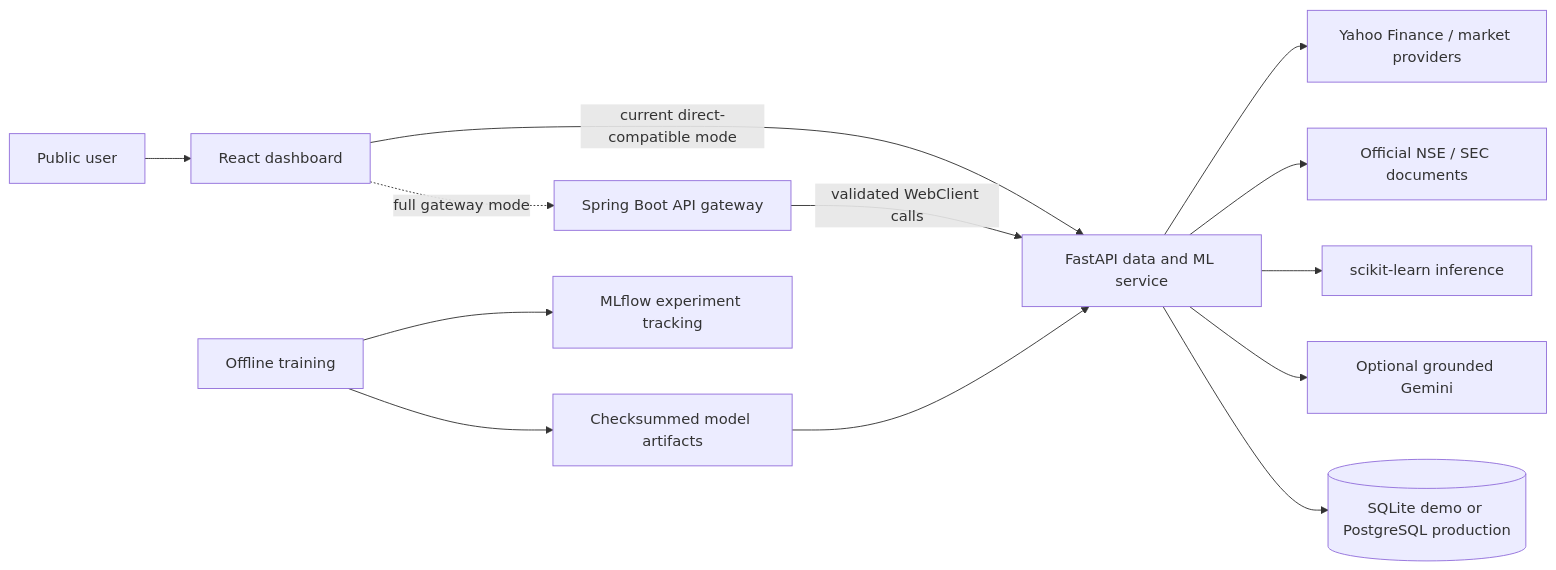
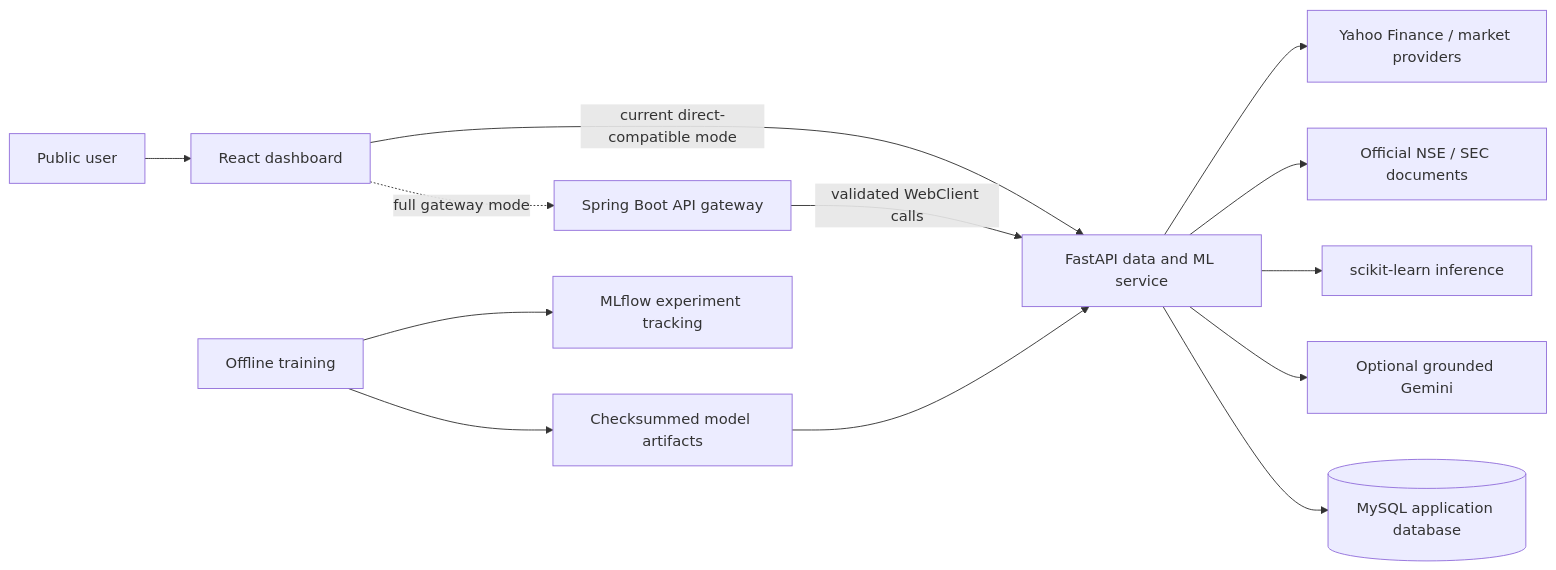
The first of 4 diagrams in docs/system-architecture.md (tausifalam6879/FinTrack_Market_Intelligence), drawn with Mermaid before and after one commit. The commit also changed other lines of this file and 48 other files, not shown here.

````diff
--- a/docs/system-architecture.md
+++ b/docs/system-architecture.md
@@ -7,15 +7,15 @@
 ```mermaid
 flowchart LR
     U[Public user] --> R[React dashboard]
     R -->|current direct-compatible mode| F[FastAPI data and ML service]
     R -.->|full gateway mode| S[Spring Boot API gateway]
     S -->|validated WebClient calls| F
     F --> Y[Yahoo Finance / market providers]
     F --> D[Official NSE / SEC documents]
     F --> ML[scikit-learn inference]
     F --> G[Optional grounded Gemini]
-    F --> DB[(SQLite demo or PostgreSQL production)]
+    F --> DB[(MySQL application database)]
     T[Offline training] --> MF[MLflow experiment tracking]
     T --> A[Checksummed model artifacts]
     A --> F
 ```
````
